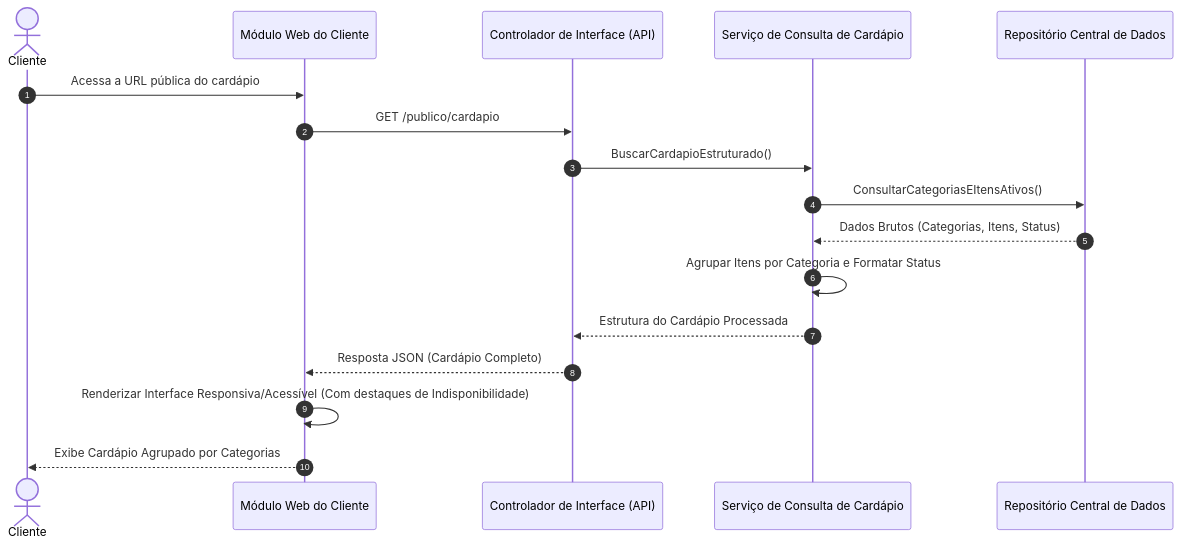
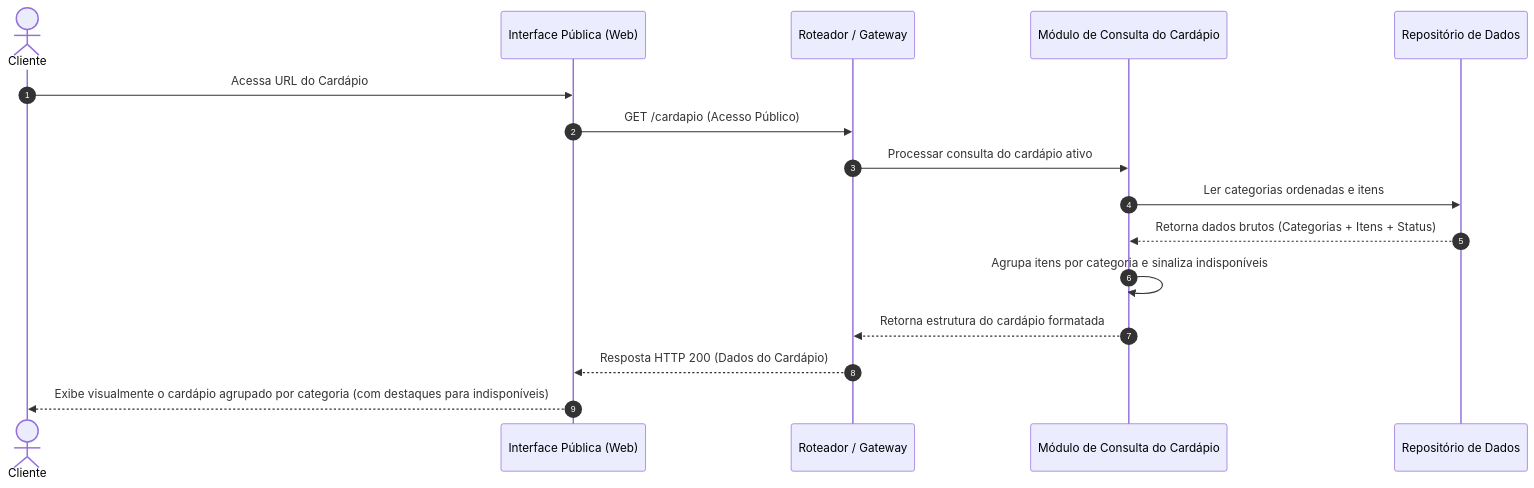
One commit to PDC-ESIA/AI4ES changed the second of 3 diagrams in docs/Time_2_Design/analise-qualitativa/outputs/relatorio_gemini_3_6_flash_P01.md. Above: the diagram before and after it, drawn with Mermaid. The commit also changed other lines of this file and 107 other files, not shown here.

````diff
--- a/docs/Time_2_Design/analise-qualitativa/outputs/relatorio_gemini_3_6_flash_P01.md
+++ b/docs/Time_2_Design/analise-qualitativa/outputs/relatorio_gemini_3_6_flash_P01.md
@@ -70,20 +66,19 @@
 ```mermaid
 sequenceDiagram
     autonumber
     actor Cliente
-    participant UI as Módulo Web do Cliente
-    participant Gateway as Controlador de Interface (API)
-    participant QuerySvc as Serviço de Consulta de Cardápio
-    participant Repo as Repositório Central de Dados
+    participant UI_Publica as Interface Pública (Web)
+    participant Gateway as Roteador / Gateway
+    participant Query_Service as Módulo de Consulta do Cardápio
+    participant Data_Store as Repositório de Dados
 
-    Cliente->>UI: Acessa a URL pública do cardápio
-    UI->>Gateway: GET /publico/cardapio
-    Gateway->>QuerySvc: BuscarCardapioEstruturado()
-    QuerySvc->>Repo: ConsultarCategoriasEItensAtivos()
-    Repo-->>QuerySvc: Dados Brutos (Categorias, Itens, Status)
-    QuerySvc->>QuerySvc: Agrupar Itens por Categoria e Formatar Status
-    QuerySvc-->>Gateway: Estrutura do Cardápio Processada
-    Gateway-->>UI: Resposta JSON (Cardápio Completo)
-    UI->>UI: Renderizar Interface Responsiva/Acessível (Com destaques de Indisponibilidade)
-    UI-->>Cliente: Exibe Cardápio Agrupado por Categorias
+    Cliente->>UI_Publica: Acessa URL do Cardápio
+    UI_Publica->>Gateway: GET /cardapio (Acesso Público)
+    Gateway->>Query_Service: Processar consulta do cardápio ativo
+    Query_Service->>Data_Store: Ler categorias ordenadas e itens
+    Data_Store-->>Query_Service: Retorna dados brutos (Categorias + Itens + Status)
+    Query_Service->>Query_Service: Agrupa itens por categoria e sinaliza indisponíveis
+    Query_Service-->>Gateway: Retorna estrutura do cardápio formatada
+    Gateway-->>UI_Publica: Resposta HTTP 200 (Dados do Cardápio)
+    UI_Publica-->>Cliente: Exibe visualmente o cardápio agrupado por categoria (com destaques para indisponíveis)
 ```
````
